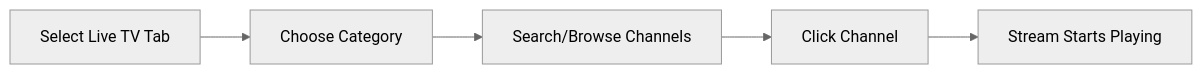
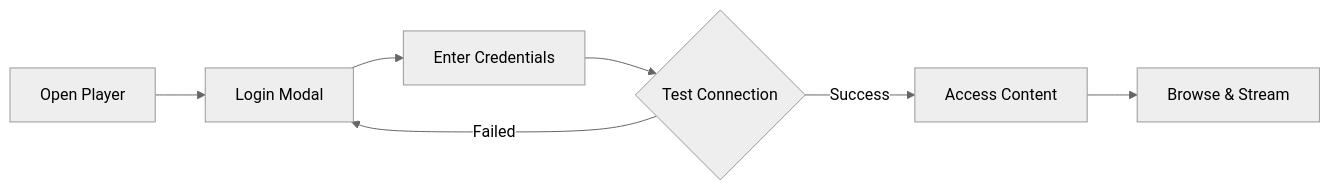
Before and after one commit to xsukax/xsukax-IPTV-Player: the first of 4 diagrams in README.md, drawn with Mermaid (neutral theme). The commit also changed other lines of this file, not shown here.

````diff
--- a/README.md
+++ b/README.md
@@ -148,7 +130,9 @@
 ```mermaid
-flowchart LR
-    A[Select Live TV Tab] --> B[Choose Category]
-    B --> C[Search/Browse Channels]
-    C --> D[Click Channel]
-    D --> E[Stream Starts Playing]
+graph LR
+    A[Open Player] --> B[Login Modal]
+    B --> C[Enter Credentials]
+    C --> D{Test Connection}
+    D -->|Success| E[Access Content]
+    D -->|Failed| B
+    E --> F[Browse & Stream]
 ```
````
